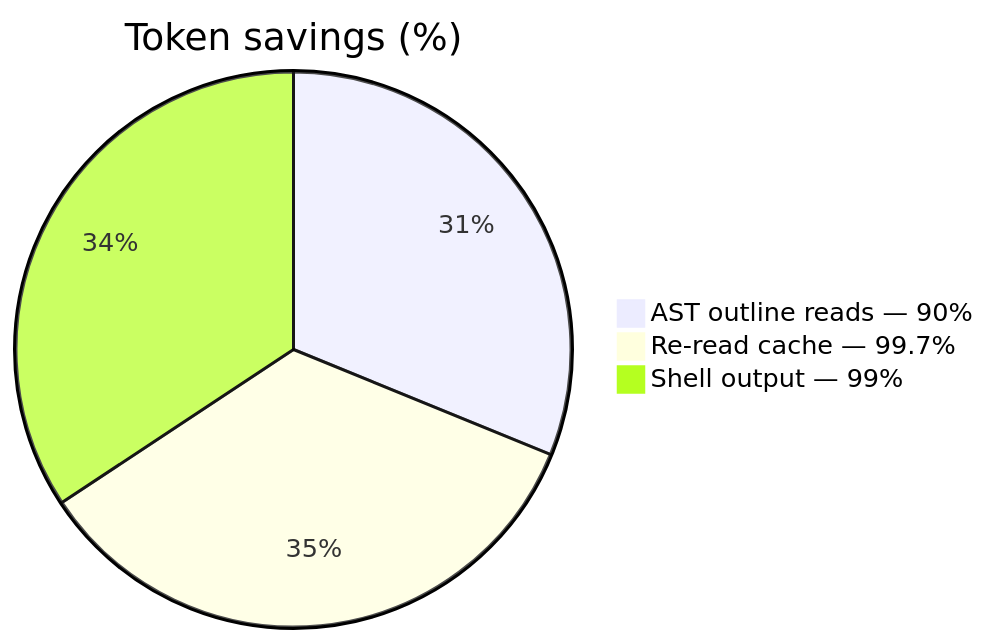
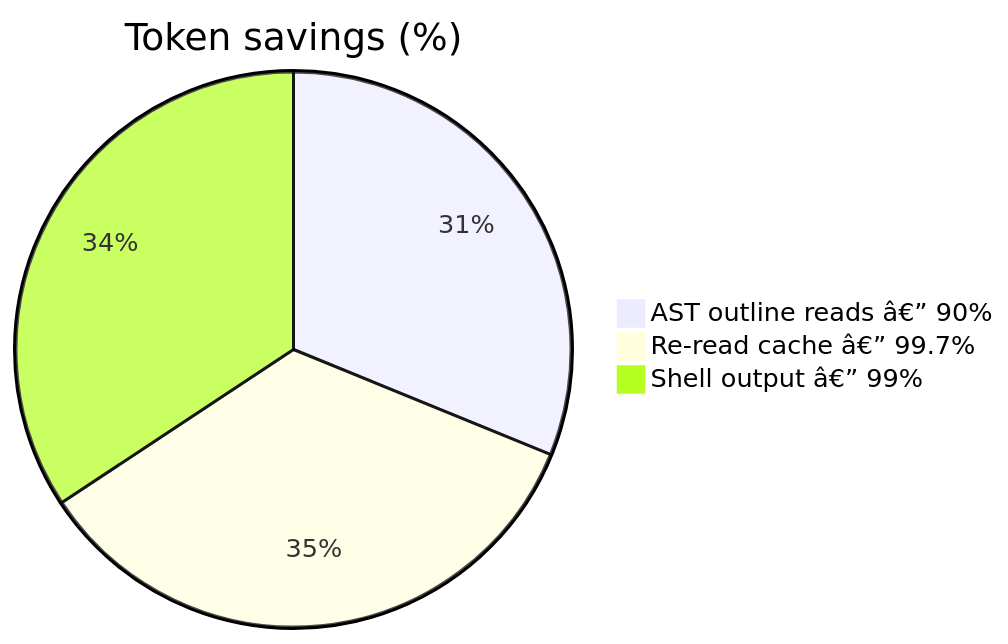
Before and after one commit to Vellixia/cairn: the diagram in docs/BENCHMARKS.md, drawn with Mermaid. The commit also changed other lines of this file and 38 other files, not shown here.

````diff
--- a/docs/BENCHMARKS.md
+++ b/docs/BENCHMARKS.md
@@ -137,7 +137,7 @@
 ```mermaid
 %%{init: {"theme": "default"}}%%
 pie title Token savings (%)
-    "AST outline reads — 90%" : 90
-    "Re-read cache — 99.7%" : 99.7
-    "Shell output — 99%" : 99
+    "AST outline reads â€” 90%" : 90
+    "Re-read cache â€” 99.7%" : 99.7
+    "Shell output â€” 99%" : 99
 ```
````
